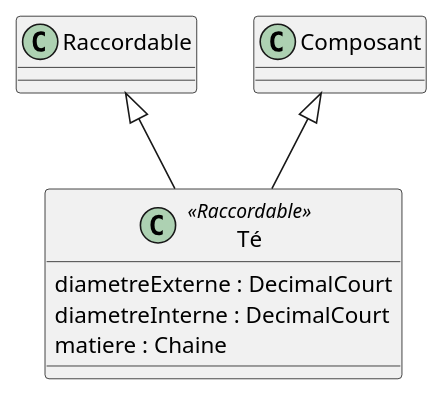
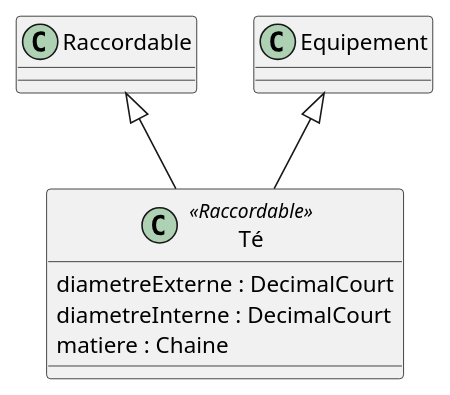
One commit to beerfactory/brewbox-uml changed the diagram in te.iuml. Above: the diagram before and after it, drawn with PlantUML. The commit also changed 1 other file, not shown here.

```diff
--- a/te.iuml
+++ b/te.iuml
@@ -1,8 +1,8 @@
 class Té <<Raccordable>> {
     diametreExterne : DecimalCourt
     diametreInterne : DecimalCourt
     matiere : Chaine
 }
 
 Raccordable <|-- Té
-Composant <|-- Té
+Equipement <|-- Té
```
